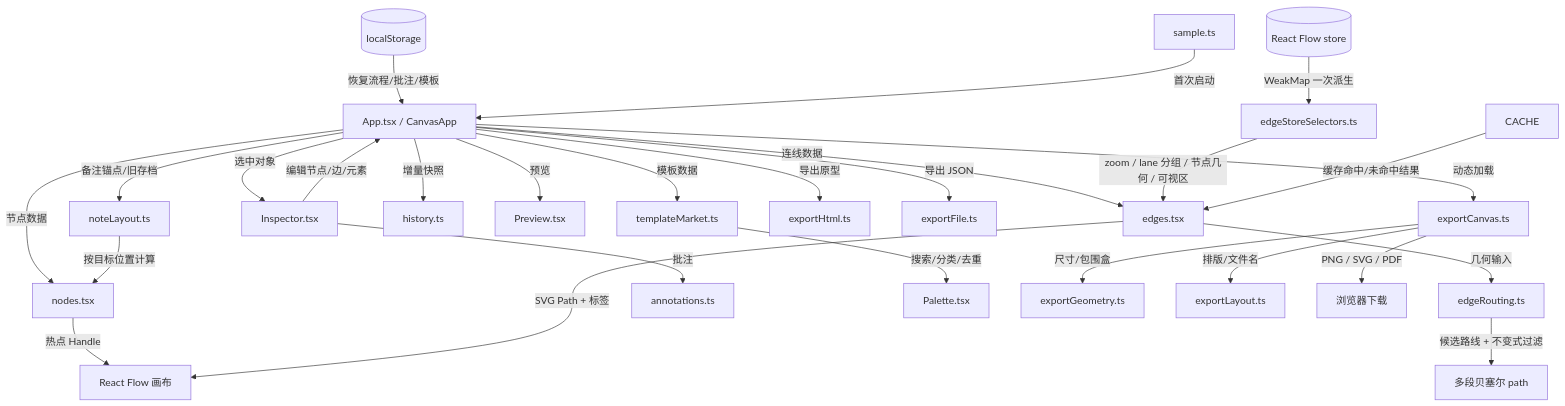
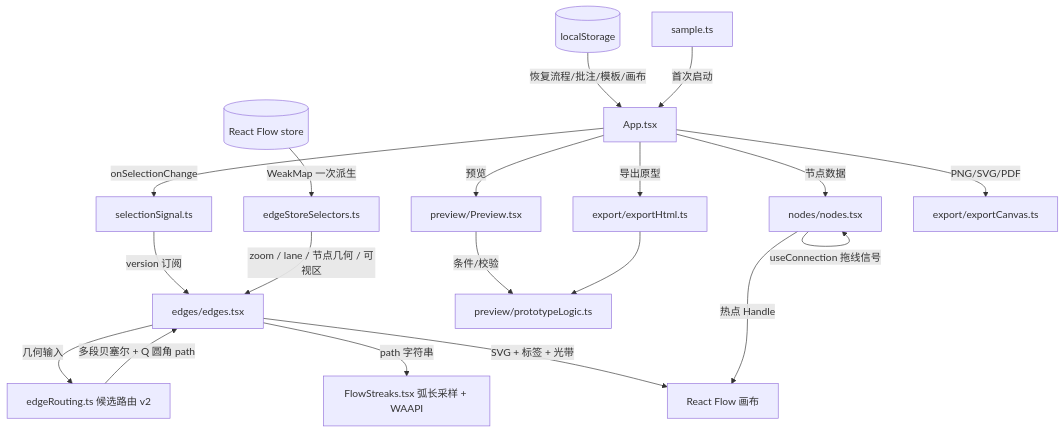
The diagram in GRAPH.md (applesiPad/flowcraft), drawn with Mermaid before and after one commit. The commit also changed other lines of this file and 68 other files, not shown here.

````diff
--- a/GRAPH.md
+++ b/GRAPH.md
@@ -70,29 +82,21 @@
 ```mermaid
 graph TD
-    LS[(localStorage)] -->|恢复流程/批注/模板| APP[App.tsx / CanvasApp]
+    LS[(localStorage)] -->|恢复流程/批注/模板/画布| APP[App.tsx]
     SAMPLE[sample.ts] -->|首次启动| APP
-    APP -->|节点数据| NODES[nodes.tsx]
-    APP -->|连线数据| EDGES[edges.tsx]
+    APP -->|onSelectionChange| SIGNAL[selectionSignal.ts]
+    SIGNAL -->|version 订阅| EDGES[edges/edges.tsx]
+    APP -->|节点数据| NODES[nodes/nodes.tsx]
+    NODES -->|useConnection 拖线信号| NODES
     STORE[(React Flow store)] -->|WeakMap 一次派生| DERIVED[edgeStoreSelectors.ts]
-    DERIVED -->|zoom / lane 分组 / 节点几何 / 可视区| EDGES
-    NODES -->|热点 Handle| CANVAS[React Flow 画布]
-    EDGES -->|几何输入| ROUTE[edgeRouting.ts]
-    ROUTE -->|候选路线 + 不变式过滤| PATH[多段贝塞尔 path]
-    CACHE -->|缓存命中/未命中结果| EDGES
-    EDGES -->|SVG Path + 标签| CANVAS
-    APP -->|备注锚点/旧存档| NOTELAYOUT[noteLayout.ts]
-    NOTELAYOUT -->|按目标位置计算| NODES
-    APP -->|选中对象| INSPECT[Inspector.tsx]
-    INSPECT -->|批注| ANNOT[annotations.ts]
-    INSPECT -->|编辑节点/边/元素| APP
-    APP -->|增量快照| HISTORY[history.ts]
-    APP -->|预览| PREVIEW[Preview.tsx]
-    APP -->|模板数据| MARKET[templateMarket.ts]
-    MARKET -->|搜索/分类/去重| PALETTE[Palette.tsx]
-    APP -->|导出原型| HTML[exportHtml.ts]
-    APP -->|导出 JSON| JSON[exportFile.ts]
-    APP -->|动态加载| EXPORT[exportCanvas.ts]
-    EXPORT -->|尺寸/包围盒| GEOM[exportGeometry.ts]
-    EXPORT -->|排版/文件名| LAYOUT[exportLayout.ts]
-    EXPORT -->|PNG / SVG / PDF| DOWNLOAD[浏览器下载]
+    DERIVED -->|zoom / lane / 节点几何 / 可视区| EDGES
+    EDGES -->|几何输入| ROUTE[edgeRouting.ts 候选路由 v2]
+    ROUTE -->|多段贝塞尔 + Q 圆角 path| EDGES
+    EDGES -->|path 字符串| STREAKS[FlowStreaks.tsx 弧长采样 + WAAPI]
+    EDGES -->|SVG + 标签 + 光带| CANVAS[React Flow 画布]
+    NODES -->|热点 Handle| CANVAS
+    APP -->|预览| PREVIEW[preview/Preview.tsx]
+    PREVIEW -->|条件/校验| LOGIC[preview/prototypeLogic.ts]
+    APP -->|导出原型| HTML[export/exportHtml.ts]
+    APP -->|PNG/SVG/PDF| CANVASEXP[export/exportCanvas.ts]
+    HTML --> LOGIC
 ```
````
